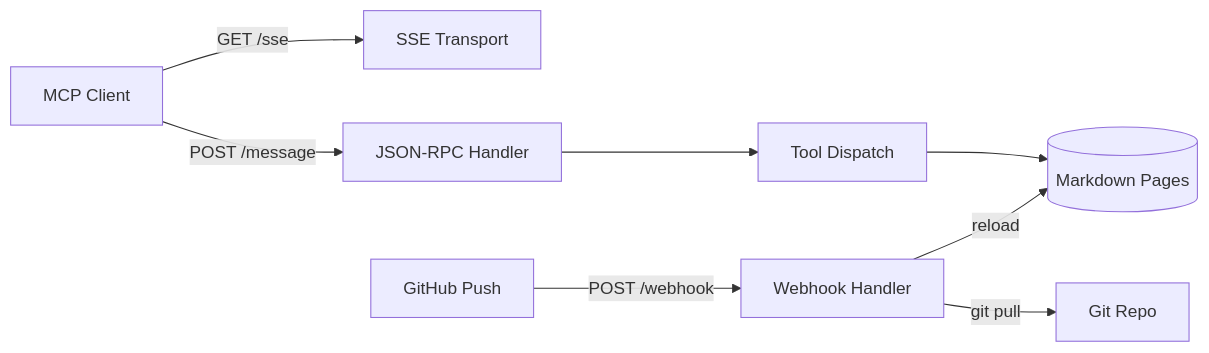
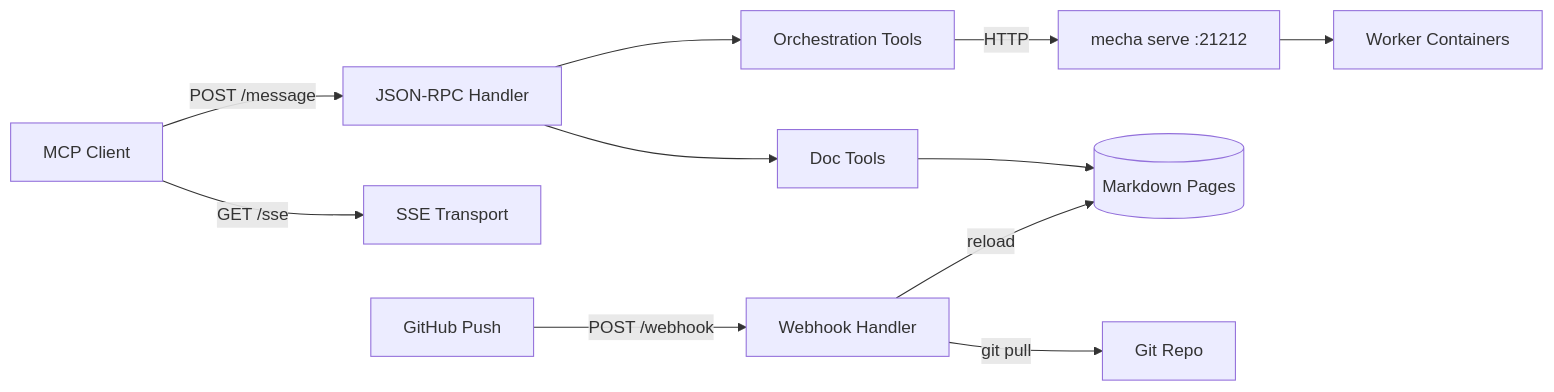
One commit to xiaolai/mecha.im changed the diagram in website/guide/mcp-server.md. Above: the diagram before and after it, drawn with Mermaid. The commit also changed other lines of this file and 13 other files, not shown here.

First line of the commit message:
feat: MCP orchestration tools, config file, port 21212, docs update

````diff
--- a/website/guide/mcp-server.md
+++ b/website/guide/mcp-server.md
@@ -136,10 +218,13 @@
 ```mermaid
 flowchart LR
     Client[MCP Client] -->|GET /sse| SSE[SSE Transport]
     Client -->|POST /message| Handler[JSON-RPC Handler]
-    Handler --> Tools[Tool Dispatch]
-    Tools --> Pages[(Markdown Pages)]
+    Handler --> DocTools[Doc Tools]
+    Handler --> OrcTools[Orchestration Tools]
+    DocTools --> Pages[(Markdown Pages)]
+    OrcTools -->|HTTP| Mecha[mecha serve :21212]
+    Mecha --> Workers[Worker Containers]
     GitHub[GitHub Push] -->|POST /webhook| Webhook[Webhook Handler]
     Webhook -->|git pull| Repo[Git Repo]
     Webhook -->|reload| Pages
 ```
````
